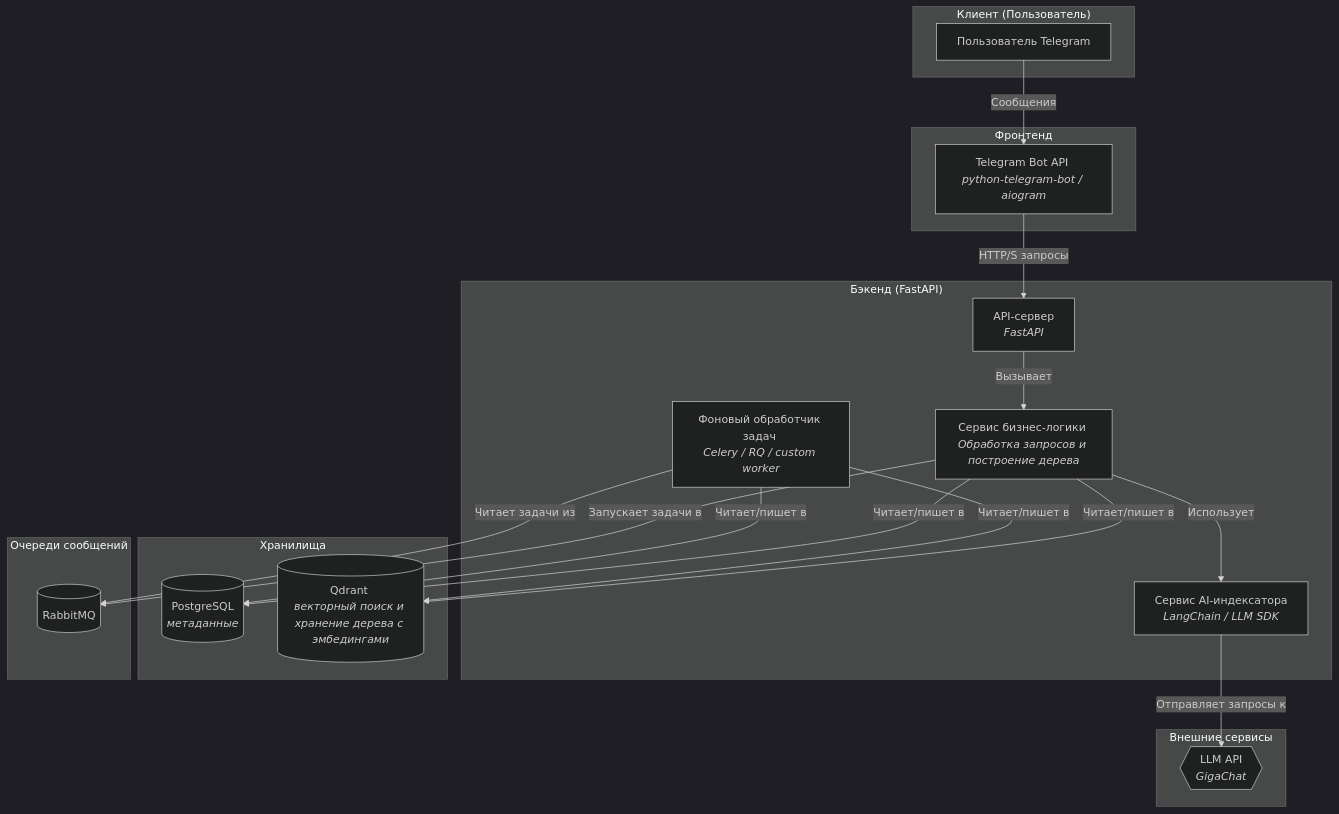
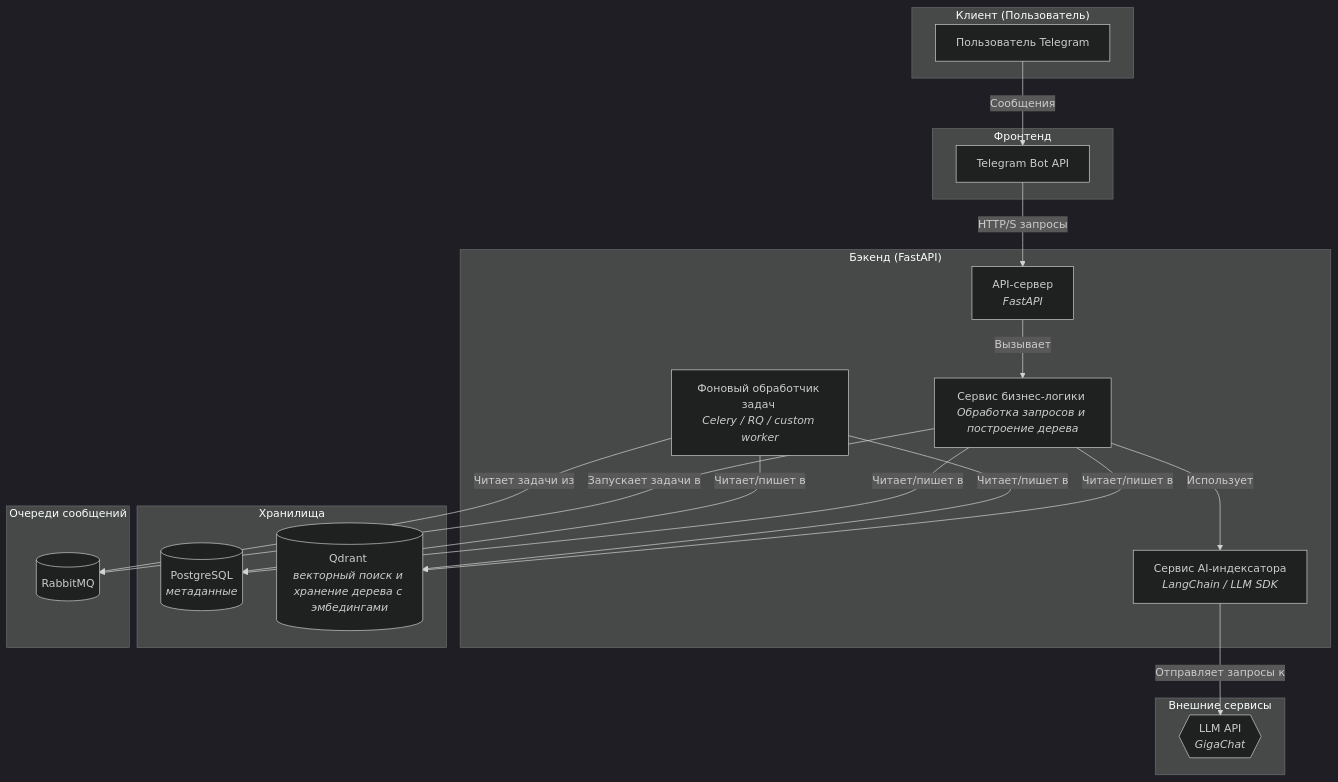
Before and after one commit to patolog123/Analyst-3.0: the diagram in Анастасия_Друзьянова/architect.MD, drawn with Mermaid (dark theme).

````diff
--- a/Анастасия_Друзьянова/architect.MD
+++ b/Анастасия_Друзьянова/architect.MD
@@ -1,43 +1,43 @@
 ```mermaid
 graph TD
     subgraph "Клиент (Пользователь)"
         A[Пользователь Telegram]
     end
 
     subgraph "Фронтенд"
-        B[Telegram Bot API <br><i>python-telegram-bot / aiogram</i>]
+        B[Telegram Bot API]
     end
 
     subgraph "Бэкенд (FastAPI)"
         C[API-сервер <br><i>FastAPI</i>]
         D[Сервис бизнес-логики <br><i>Обработка запросов и построение дерева</i>]
         E[Сервис AI-индексатора <br><i>LangChain / LLM SDK</i>]
         F[Фоновый обработчик задач <br><i>Celery / RQ / custom worker</i>]
     end
 
     subgraph "Хранилища"
         G[(PostgreSQL <br><i>метаданные</i>)]
         I[(Qdrant <br><i>векторный поиск и хранение дерева с эмбедингами</i>)]
     end
     
     subgraph "Очереди сообщений"
         J[(RabbitMQ)]
     end
 
     subgraph "Внешние сервисы"
         H{{LLM API <br><i>GigaChat</i>}}
     end
 
     %% Связи между компонентами
     A -- Сообщения --> B
     B -- HTTP/S запросы --> C
     C -- Вызывает --> D
     D -- Использует --> E
     D -- Запускает задачи в --> J
     F -- Читает задачи из --> J
     D -- Читает/пишет в --> G
     D -- Читает/пишет в --> I
     F -- Читает/пишет в --> G
     F -- Читает/пишет в --> I
     E -- Отправляет запросы к --> H
 ```
````
